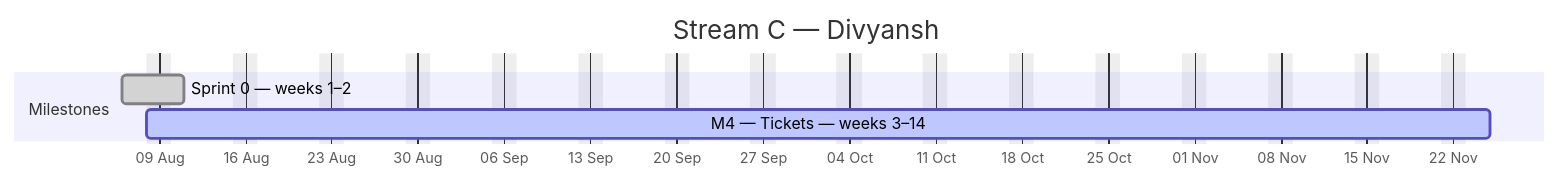
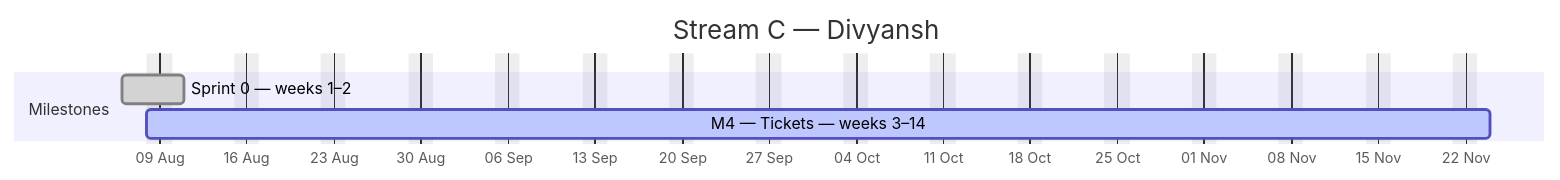
The third of 4 diagrams in docs/plan/GANTT.md (debashisedunext/EduTrack), drawn with Mermaid before and after one commit. The commit also changed other lines of this file and 3 other files, not shown here.

````diff
--- a/docs/plan/GANTT.md
+++ b/docs/plan/GANTT.md
@@ -153,10 +161,10 @@
 ```mermaid
 gantt
     dateFormat YYYY-MM-DD
     axisFormat %d %b
     title Stream C — Divyansh
     excludes weekends
     section Milestones
     Sprint 0 — weeks 1–2 :done, c0, 2026-08-06, 3d
-    M4 — Tickets — weeks 3–14 :active, c1, 2026-08-08, 78d
+    M4 — Tickets — weeks 3–14 :active, c1, 2026-08-08, 77d
 ```
````
